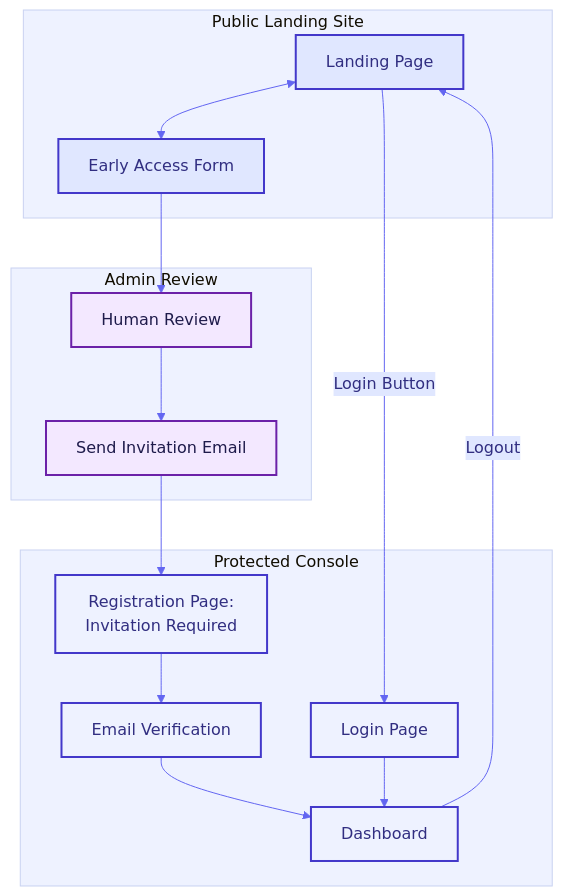
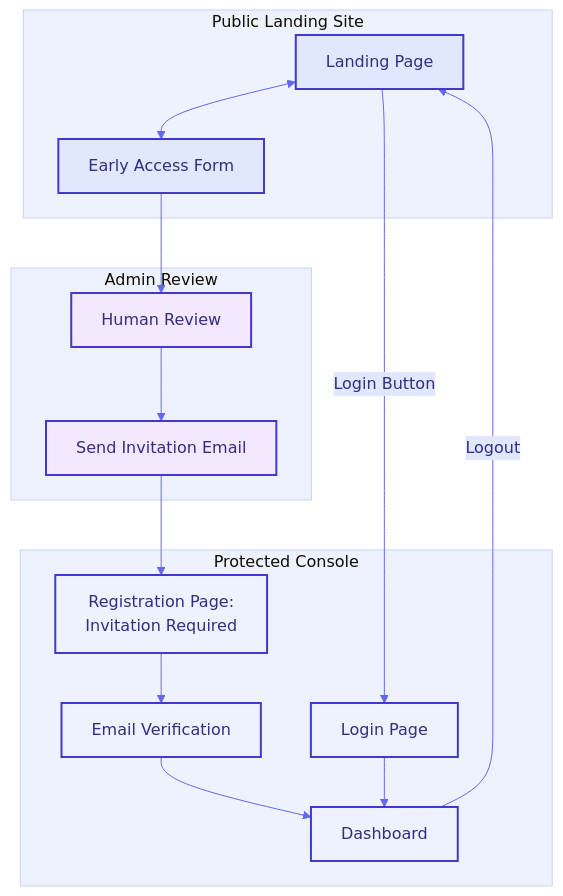
Before and after one commit to guanmasons/agentnet: the first of 3 diagrams in web-service.md, drawn with Mermaid. The commit also changed other lines of this file, not shown here.

````diff
--- a/web-service.md
+++ b/web-service.md
@@ -34,38 +34,54 @@
 ```mermaid
-%%{init: {'theme': 'base', 'themeVariables': {'primaryColor': '#A5B4FC', 'primaryTextColor': '#312E81', 'primaryBorderColor': '#4338CA', 'lineColor': '#6366F1', 'secondaryColor': '#E0E7FF', 'tertiaryColor': '#EEF2FF', 'noteTextColor': '#1E1B4B', 'noteBorderColor': '#4338CA', 'noteBkgColor': '#E0E7FF', 'activationBorderColor': '#4338CA', 'activationBkgColor': '#EEF2FF', 'sequenceNumberColor': '#312E81'}}}%%
+%%{init: {
+  'theme': 'base',
+  'themeVariables': {
+    'primaryColor': '#818CF8',
+    'primaryTextColor': '#312E81',
+    'primaryBorderColor': '#4338CA',
+    'lineColor': '#6366F1',
+    'secondaryColor': '#E0E7FF',
+    'tertiaryColor': '#EEF2FF',
+    'noteTextColor': '#1E1B4B',
+    'noteBorderColor': '#4338CA',
+    'noteBkgColor': '#E0E7FF',
+    'activationBorderColor': '#4338CA',
+    'activationBkgColor': '#EEF2FF',
+    'sequenceNumberColor': '#312E81'
+  }
+}}%%
 graph TD
     subgraph WWW["Public Landing Site"]
         Landing["Landing Page"]
         EarlyForm["Early Access Form"]
         Landing <--> EarlyForm
     end
     
     subgraph REVIEW["Admin Review"]
         Review["Human Review"]
         Email["Send Invitation Email"]
         Review --> Email
     end
     
     subgraph CONSOLE["Protected Console"]
         Login["Login Page"]
         Register["Registration Page:<br/>Invitation Required"]
         Verify["Email Verification"]
         Dashboard["Dashboard"]
     end
     
     EarlyForm --> Review
     Email --> Register
     Landing -->|Login Button| Login
     Register --> Verify
     Verify --> Dashboard
     Login --> Dashboard
     Dashboard -->|Logout| Landing
     
     classDef www fill:#E0E7FF,stroke:#4338CA,color:#312E81,stroke-width:2px
     classDef console fill:#EEF2FF,stroke:#4338CA,color:#312E81,stroke-width:2px
-    classDef review fill:#F3E8FF,stroke:#6B21A8,color:#1E1B4B,stroke-width:2px
+    classDef review fill:#F3E8FF,stroke:#4338CA,color:#312E81,stroke-width:2px
     
     class Landing,EarlyForm www
     class Login,Register,Verify,Dashboard console
     class Review,Email review
 ```
````
